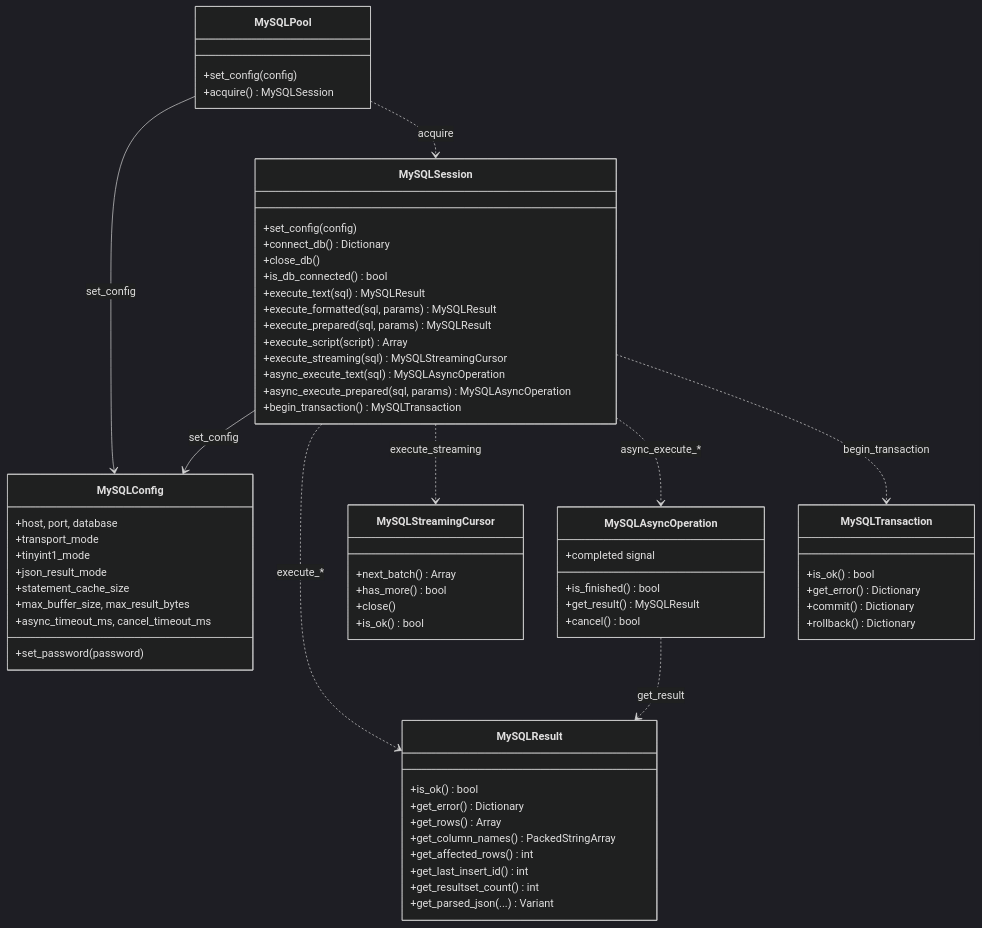
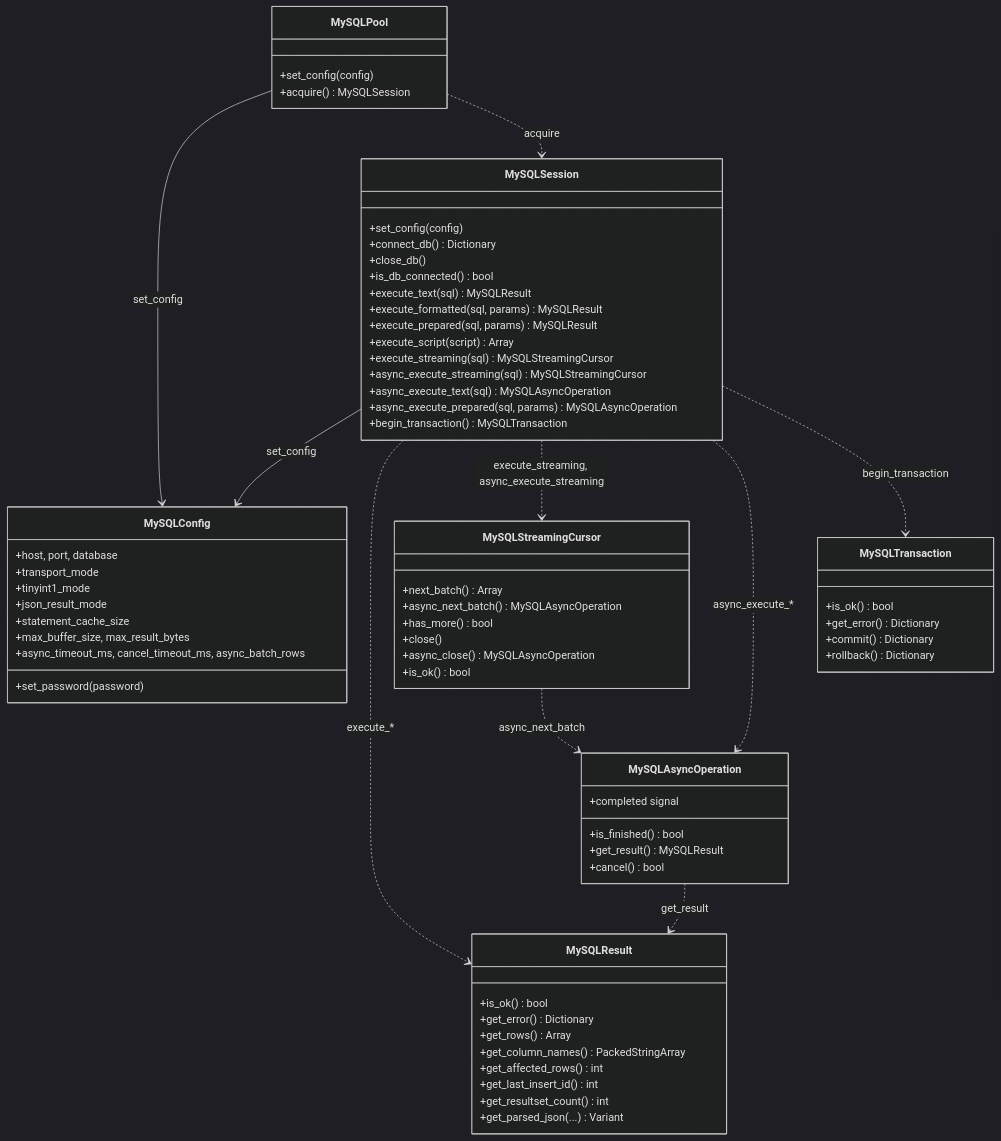
The first of 2 diagrams in documentation/features.md (Malkverbena/mysql), drawn with Mermaid (dark theme) before and after one commit. The commit also changed other lines of this file and 16 other files, not shown here.

````diff
--- a/documentation/features.md
+++ b/documentation/features.md
@@ -10,68 +10,72 @@
 ```mermaid
 classDiagram
     class MySQLConfig {
       +host, port, database
       +transport_mode
       +tinyint1_mode
       +json_result_mode
       +statement_cache_size
       +max_buffer_size, max_result_bytes
-      +async_timeout_ms, cancel_timeout_ms
+      +async_timeout_ms, cancel_timeout_ms, async_batch_rows
       +set_password(password)
     }
     class MySQLSession {
       +set_config(config)
       +connect_db() Dictionary
       +close_db()
       +is_db_connected() bool
       +execute_text(sql) MySQLResult
       +execute_formatted(sql, params) MySQLResult
       +execute_prepared(sql, params) MySQLResult
       +execute_script(script) Array
       +execute_streaming(sql) MySQLStreamingCursor
+      +async_execute_streaming(sql) MySQLStreamingCursor
       +async_execute_text(sql) MySQLAsyncOperation
       +async_execute_prepared(sql, params) MySQLAsyncOperation
       +begin_transaction() MySQLTransaction
     }
     class MySQLPool {
       +set_config(config)
       +acquire() MySQLSession
     }
     class MySQLResult {
       +is_ok() bool
       +get_error() Dictionary
       +get_rows() Array
       +get_column_names() PackedStringArray
       +get_affected_rows() int
       +get_last_insert_id() int
       +get_resultset_count() int
       +get_parsed_json(...) Variant
     }
     class MySQLStreamingCursor {
       +next_batch() Array
+      +async_next_batch() MySQLAsyncOperation
       +has_more() bool
       +close()
+      +async_close() MySQLAsyncOperation
       +is_ok() bool
     }
     class MySQLAsyncOperation {
       +is_finished() bool
       +get_result() MySQLResult
       +cancel() bool
       +completed signal
     }
     class MySQLTransaction {
       +is_ok() bool
       +get_error() Dictionary
       +commit() Dictionary
       +rollback() Dictionary
     }
 
     MySQLSession --> MySQLConfig : set_config
     MySQLPool --> MySQLConfig : set_config
     MySQLPool ..> MySQLSession : acquire
     MySQLSession ..> MySQLResult : execute_*
-    MySQLSession ..> MySQLStreamingCursor : execute_streaming
+    MySQLSession ..> MySQLStreamingCursor : execute_streaming, async_execute_streaming
+    MySQLStreamingCursor ..> MySQLAsyncOperation : async_next_batch
     MySQLSession ..> MySQLAsyncOperation : async_execute_*
     MySQLSession ..> MySQLTransaction : begin_transaction
     MySQLAsyncOperation ..> MySQLResult : get_result
 ```
````
